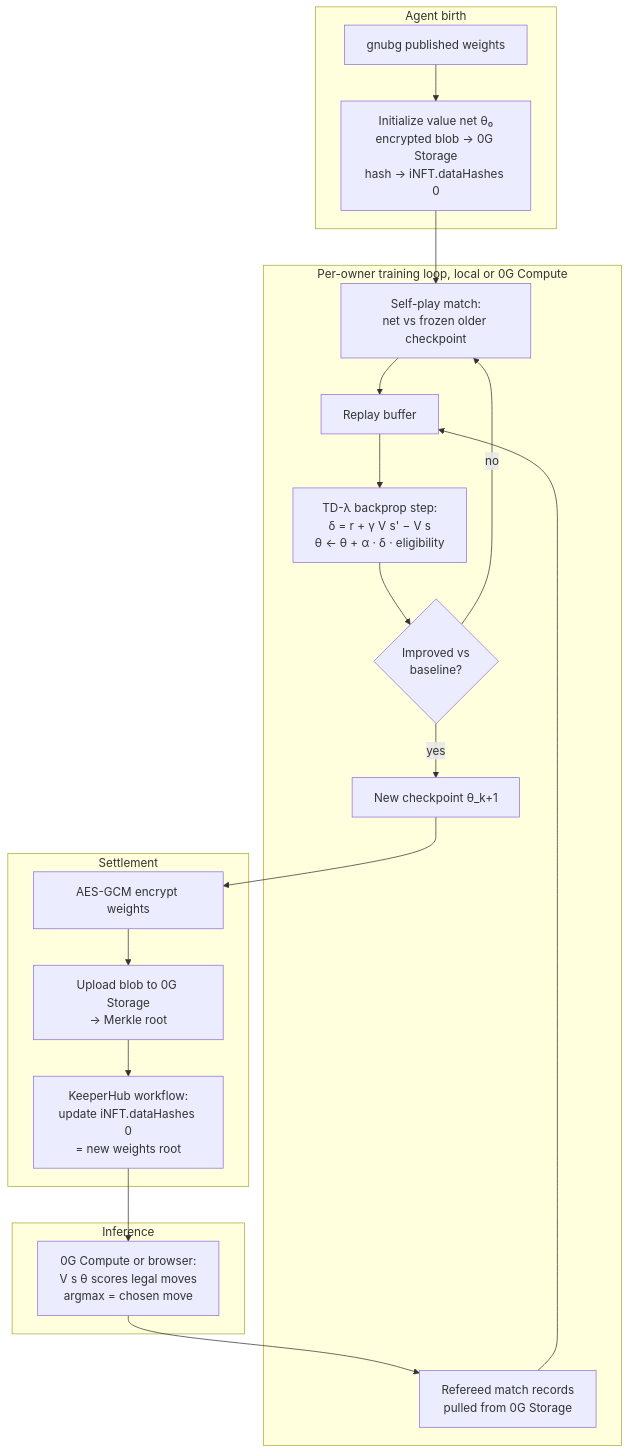
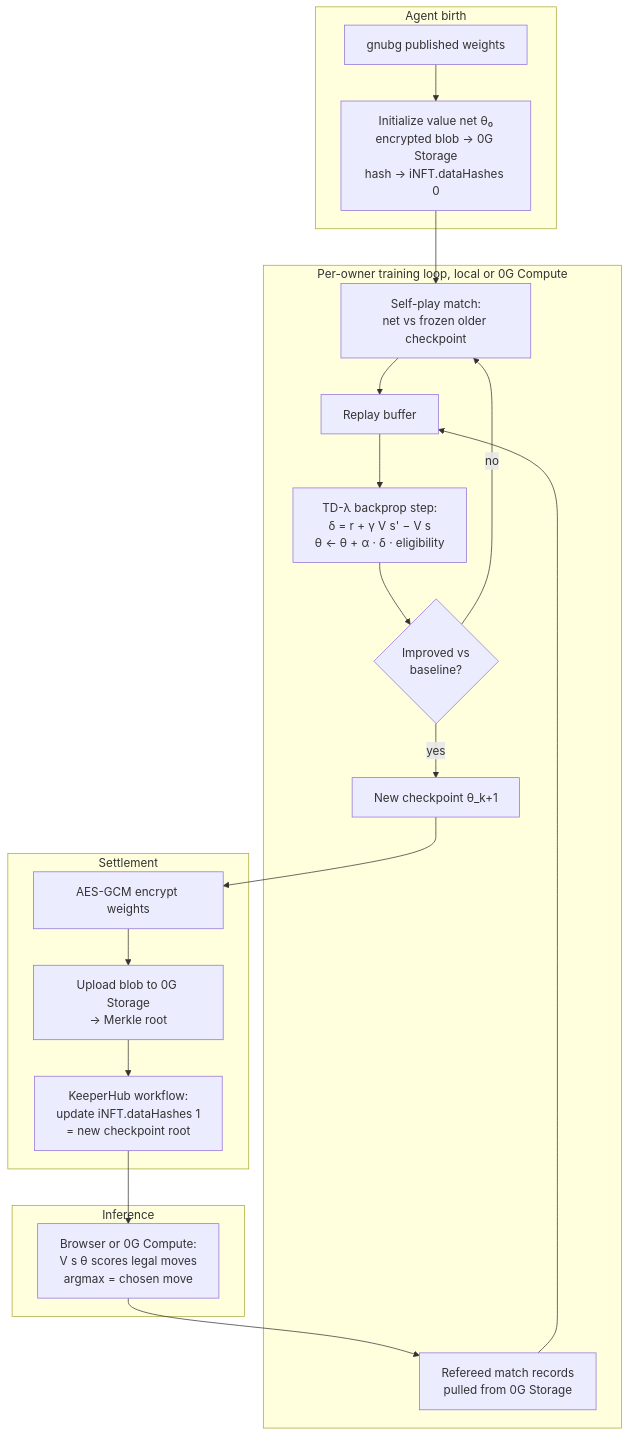
Before and after one commit to oslinin/chaingammon: the diagram in README.md, drawn with Mermaid. The commit also changed other lines of this file and 3 other files, not shown here.

````diff
--- a/README.md
+++ b/README.md
@@ -182,27 +154,27 @@
 ```mermaid
 flowchart TD
     subgraph Birth[Agent birth]
       G[gnubg published weights] --> I[Initialize value net θ₀<br/>encrypted blob → 0G Storage<br/>hash → iNFT.dataHashes 0]
     end
 
     subgraph Train[Per-owner training loop, local or 0G Compute]
       I --> SP[Self-play match:<br/>net vs frozen older checkpoint]
       RM[Refereed match records<br/>pulled from 0G Storage] --> RP[Replay buffer]
       SP --> RP
       RP --> TD[TD-λ backprop step:<br/>δ = r + γ V s' − V s<br/>θ ← θ + α · δ · eligibility]
       TD --> CK{Improved vs<br/>baseline?}
       CK -- yes --> NEW[New checkpoint θ_k+1]
       CK -- no --> SP
     end
 
     subgraph Settle[Settlement]
       NEW --> ENC[AES-GCM encrypt weights]
       ENC --> S[Upload blob to 0G Storage<br/>→ Merkle root]
-      S --> KH[KeeperHub workflow:<br/>update iNFT.dataHashes 0<br/>= new weights root]
+      S --> KH[KeeperHub workflow:<br/>update iNFT.dataHashes 1<br/>= new checkpoint root]
     end
 
     subgraph Play[Inference]
-      KH --> INF[0G Compute or browser:<br/>V s θ scores legal moves<br/>argmax = chosen move]
+      KH --> INF[Browser or 0G Compute:<br/>V s θ scores legal moves<br/>argmax = chosen move]
       INF --> RM
     end
 ```
````
